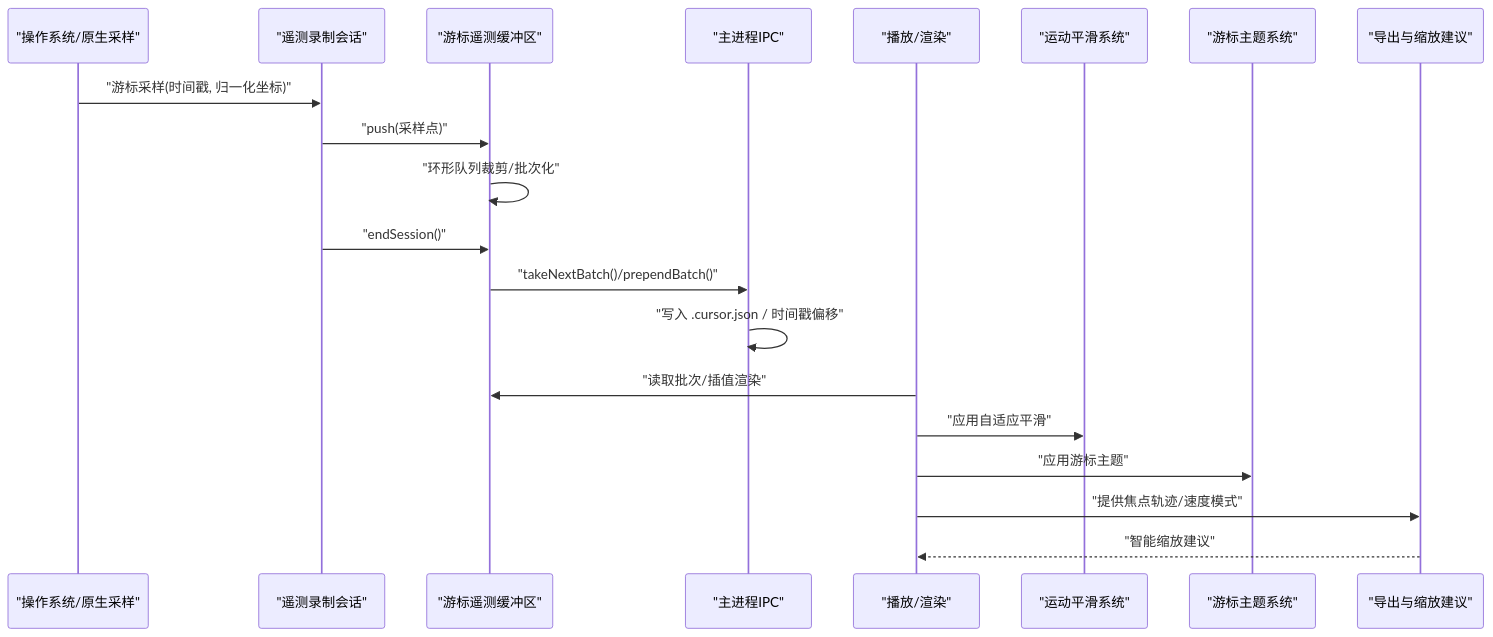
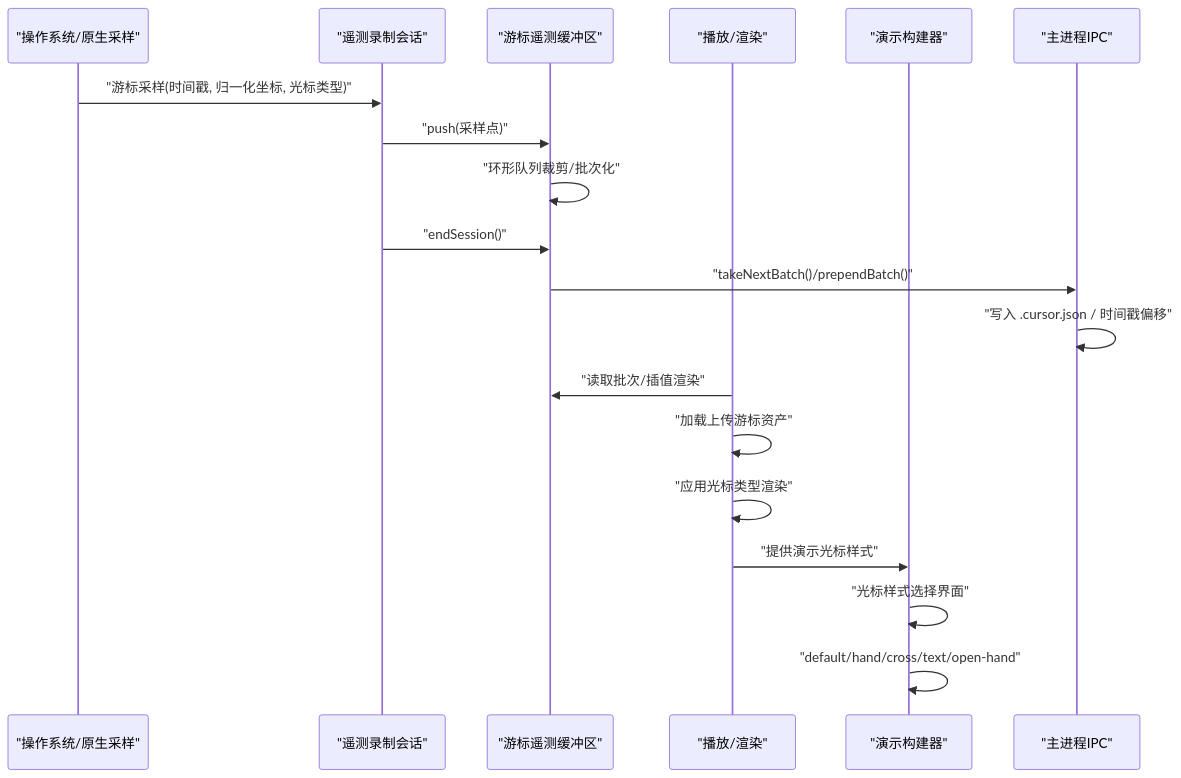
Before and after one commit to zhanggmin/openscreen: the second of 11 diagrams in .qoder/repowiki/zh/content/游标遥测系统/游标遥测系统.md, drawn with Mermaid. The commit also changed other lines of this file and 87 other files, not shown here.

````diff
--- a/.qoder/repowiki/zh/content/游标遥测系统/游标遥测系统.md
+++ b/.qoder/repowiki/zh/content/游标遥测系统/游标遥测系统.md
@@ -122,22 +141,21 @@
 ```mermaid
 sequenceDiagram
 participant OS as "操作系统/原生采样"
 participant RS as "遥测录制会话"
 participant BUF as "游标遥测缓冲区"
+participant RENDER as "播放/渲染"
+participant DEMO as "演示构建器"
 participant IPC as "主进程IPC"
-participant RENDER as "播放/渲染"
-participant SMOOTH as "运动平滑系统"
-participant THEME as "游标主题系统"
-participant EXPORT as "导出与缩放建议"
-OS->>RS : "游标采样(时间戳, 归一化坐标)"
+OS->>RS : "游标采样(时间戳, 归一化坐标, 光标类型)"
 RS->>BUF : "push(采样点)"
 BUF->>BUF : "环形队列裁剪/批次化"
 RS->>BUF : "endSession()"
 BUF->>IPC : "takeNextBatch()/prependBatch()"
 IPC->>IPC : "写入 .cursor.json / 时间戳偏移"
 RENDER->>BUF : "读取批次/插值渲染"
-RENDER->>SMOOTH : "应用自适应平滑"
-RENDER->>THEME : "应用游标主题"
-RENDER->>EXPORT : "提供焦点轨迹/速度模式"
-EXPORT-->>RENDER : "智能缩放建议"
+RENDER->>RENDER : "加载上传游标资产"
+RENDER->>RENDER : "应用光标类型渲染"
+RENDER->>DEMO : "提供演示光标样式"
+DEMO->>DEMO : "光标样式选择界面"
+DEMO->>DEMO : "default/hand/cross/text/open-hand"
 ```
````
